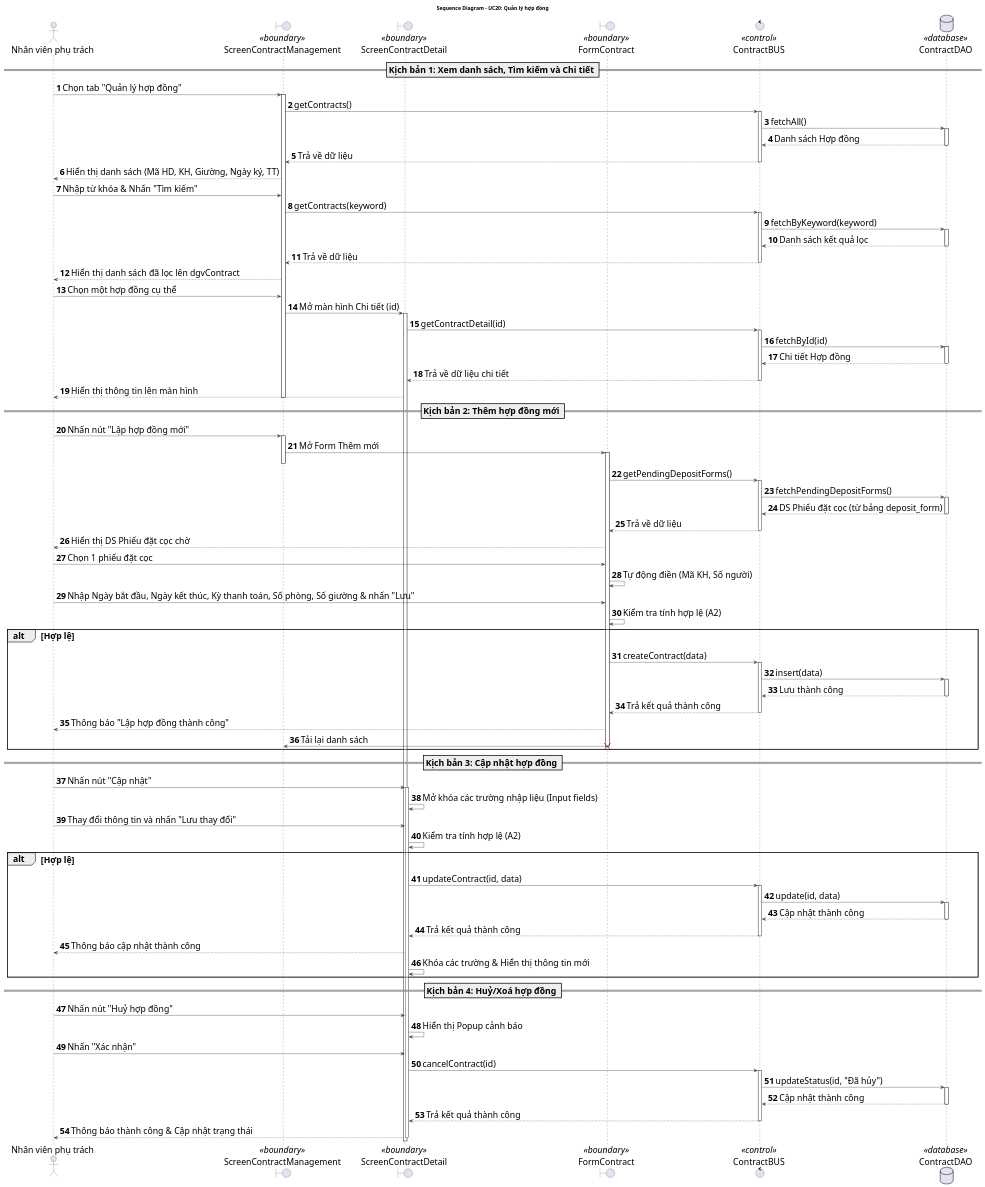
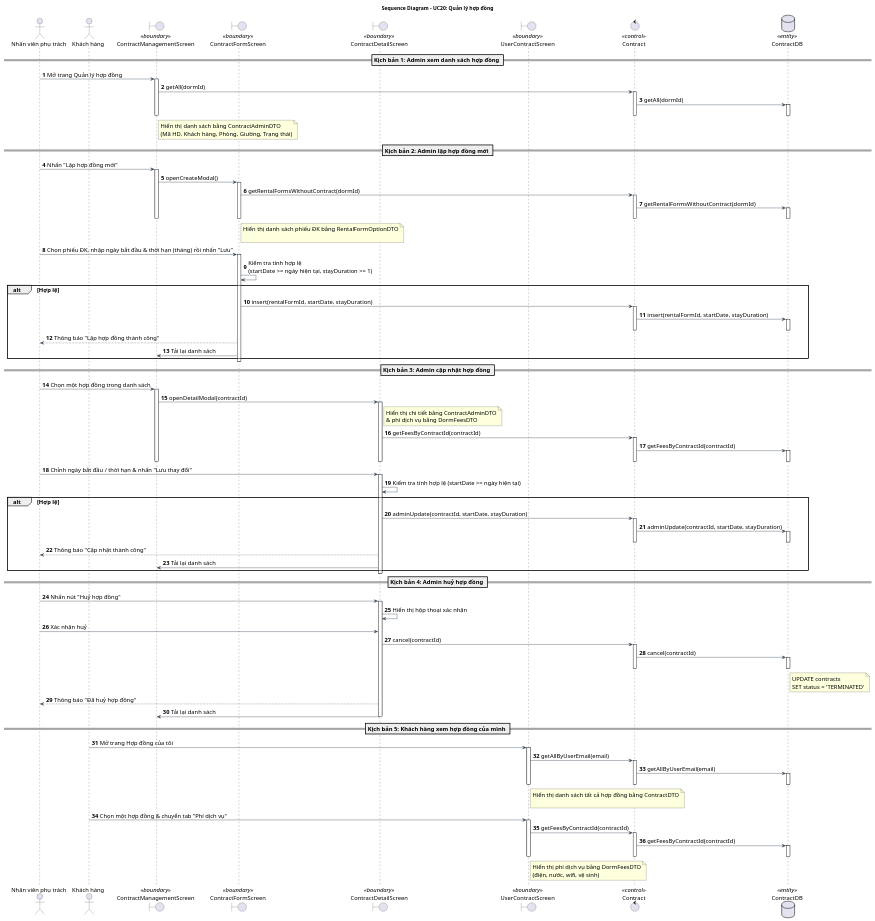
One commit to Gnourt812005/HCMUS-Analyze-and-desgin-IS changed the diagram in doc/system/quan_ly_hop_dong/QuanLyHopDong_SequenceDiagram.wsd. Above: the diagram before and after it, drawn with PlantUML. The commit also changed 7 other files, not shown here.

Commit message:
fix class diagram + sequence quản lý hợp đồng, quản lý biên bản bàn giao

```diff
--- a/doc/system/quan_ly_hop_dong/QuanLyHopDong_SequenceDiagram.wsd
+++ b/doc/system/quan_ly_hop_dong/QuanLyHopDong_SequenceDiagram.wsd
@@ -1,138 +1,162 @@
 @startuml QuanLyHopDong_SequenceDiagram
 title Sequence Diagram - UC20: Quản lý hợp đồng
 
 ' --- STYLE CONFIGURATION ---
 skinparam {
     BackgroundColor White
     ArrowColor #2D3E50
     DefaultFontName "Arial"
-    DefaultFontSize 24
-    ParticipantPadding 20
+    DefaultFontSize 16
+    ParticipantPadding 15
     BoxPadding 10
 }
 
-actor "Nhân viên phụ trách" as Actor
-boundary "ScreenContractManagement" as MainGUI <<boundary>>
-boundary "ScreenContractDetail" as DetailGUI <<boundary>>
-boundary "FormContract" as FormGUI <<boundary>>
-control "ContractBUS" as BUS <<control>>
-database "ContractDAO" as DAO <<database>>
-
 autonumber
 
-== Kịch bản 1: Xem danh sách, Tìm kiếm và Chi tiết ==
+actor "Nhân viên phụ trách" as Admin
+actor "Khách hàng" as User
 
-' --- XEM DANH SÁCH MẶC ĐỊNH ---
-Actor -> MainGUI: Chọn tab "Quản lý hợp đồng"
-activate MainGUI
-MainGUI -> BUS: getContracts()
-activate BUS
-BUS -> DAO: fetchAll()
-activate DAO
-DAO --> BUS: Danh sách Hợp đồng
-deactivate DAO
-BUS --> MainGUI: Trả về dữ liệu
-deactivate BUS
-MainGUI --> Actor: Hiển thị danh sách (Mã HD, KH, Giường, Ngày ký, TT)
+boundary "ContractManagementScreen" as GUI_Admin <<boundary>>
+boundary "ContractFormScreen" as GUI_Create <<boundary>>
+boundary "ContractDetailScreen" as GUI_Detail <<boundary>>
+boundary "UserContractScreen" as GUI_User <<boundary>>
 
-' --- BỔ SUNG LUỒNG TÌM KIẾM ---
-Actor -> MainGUI: Nhập từ khóa & Nhấn "Tìm kiếm"
-MainGUI -> BUS: getContracts(keyword)
-activate BUS
-BUS -> DAO: fetchByKeyword(keyword)
-activate DAO
-DAO --> BUS: Danh sách kết quả lọc
-deactivate DAO
-BUS --> MainGUI: Trả về dữ liệu
-deactivate BUS
-MainGUI --> Actor: Hiển thị danh sách đã lọc lên dgvContract
+control "Contract" as BUS <<control>>
 
-' --- XEM CHI TIẾT ---
-Actor -> MainGUI: Chọn một hợp đồng cụ thể
-MainGUI -> DetailGUI: Mở màn hình Chi tiết (id)
-activate DetailGUI
-DetailGUI -> BUS: getContractDetail(id)
-activate BUS
-BUS -> DAO: fetchById(id)
-activate DAO
-DAO --> BUS: Chi tiết Hợp đồng
-deactivate DAO
-BUS --> DetailGUI: Trả về dữ liệu chi tiết
-deactivate BUS
-DetailGUI --> Actor: Hiển thị thông tin lên màn hình
-deactivate MainGUI
+database "ContractDB" as DAO <<entity>>
 
-== Kịch bản 2: Thêm hợp đồng mới ==
-Actor -> MainGUI: Nhấn nút "Lập hợp đồng mới"
-activate MainGUI
-MainGUI -> FormGUI: Mở Form Thêm mới
-activate FormGUI
-deactivate MainGUI
+' ============================================================
+== Kịch bản 1: Admin xem danh sách hợp đồng ==
+' ============================================================
 
-FormGUI -> BUS: getPendingDepositForms()
-activate BUS
-BUS -> DAO: fetchPendingDepositForms()
-activate DAO
-DAO --> BUS: DS Phiếu đặt cọc (từ bảng deposit_form)
-deactivate DAO
-BUS --> FormGUI: Trả về dữ liệu
-deactivate BUS
-FormGUI --> Actor: Hiển thị DS Phiếu đặt cọc chờ
+Admin -> GUI_Admin: Mở trang Quản lý hợp đồng
+activate GUI_Admin
+    GUI_Admin -> BUS: getAll(dormId)
+    activate BUS
+        BUS -> DAO: getAll(dormId)
+        activate DAO
+        deactivate DAO
+    deactivate BUS
+    note right of GUI_Admin: Hiển thị danh sách bằng ContractAdminDTO\n(Mã HD, Khách hàng, Phòng, Giường, Trạng thái)
+deactivate GUI_Admin
 
-Actor -> FormGUI: Chọn 1 phiếu đặt cọc
-FormGUI -> FormGUI: Tự động điền (Mã KH, Số người)
+' ============================================================
+== Kịch bản 2: Admin lập hợp đồng mới ==
+' ============================================================
 
-Actor -> FormGUI: Nhập Ngày bắt đầu, Ngày kết thúc, Kỳ thanh toán, Số phòng, Số giường & nhấn "Lưu"
-FormGUI -> FormGUI: Kiểm tra tính hợp lệ (A2)
-alt Hợp lệ
-    FormGUI -> BUS: createContract(data)
+Admin -> GUI_Admin: Nhấn "Lập hợp đồng mới"
+activate GUI_Admin
+    GUI_Admin -> GUI_Create: openCreateModal()
+    activate GUI_Create
+
+        GUI_Create -> BUS: getRentalFormsWithoutContract(dormId)
+        activate BUS
+            BUS -> DAO: getRentalFormsWithoutContract(dormId)
+            activate DAO
+            deactivate DAO
+        deactivate BUS
+        note right of GUI_Create: Hiển thị danh sách phiếu ĐK bằng RentalFormOptionDTO\n
+
+    deactivate GUI_Create
+deactivate GUI_Admin
+
+Admin -> GUI_Create: Chọn phiếu ĐK, nhập ngày bắt đầu & thời hạn (tháng) rồi nhấn "Lưu"
+activate GUI_Create
+    GUI_Create -> GUI_Create: Kiểm tra tính hợp lệ\n(startDate >= ngày hiện tại, stayDuration >= 1)
+
+    alt Hợp lệ
+        GUI_Create -> BUS: insert(rentalFormId, startDate, stayDuration)
+        activate BUS
+            BUS -> DAO: insert(rentalFormId, startDate, stayDuration)
+            activate DAO
+        
+            deactivate DAO
+        deactivate BUS
+        GUI_Create --> Admin: Thông báo "Lập hợp đồng thành công"
+        GUI_Create -> GUI_Admin: Tải lại danh sách
+    end
+deactivate GUI_Create
+
+' ============================================================
+== Kịch bản 3: Admin cập nhật hợp đồng ==
+' ============================================================
+
+Admin -> GUI_Admin: Chọn một hợp đồng trong danh sách
+activate GUI_Admin
+    GUI_Admin -> GUI_Detail: openDetailModal(contractId)
+    activate GUI_Detail
+        note right of GUI_Detail: Hiển thị chi tiết bằng ContractAdminDTO\n& phí dịch vụ bằng DormFeesDTO
+
+        GUI_Detail -> BUS: getFeesByContractId(contractId)
+        activate BUS
+            BUS -> DAO: getFeesByContractId(contractId)
+            activate DAO
+            deactivate DAO
+        deactivate BUS
+
+    deactivate GUI_Detail
+deactivate GUI_Admin
+
+Admin -> GUI_Detail: Chỉnh ngày bắt đầu / thời hạn & nhấn "Lưu thay đổi"
+activate GUI_Detail
+    GUI_Detail -> GUI_Detail: Kiểm tra tính hợp lệ (startDate >= ngày hiện tại)
+
+    alt Hợp lệ
+        GUI_Detail -> BUS: adminUpdate(contractId, startDate, stayDuration)
+        activate BUS
+            BUS -> DAO: adminUpdate(contractId, startDate, stayDuration)
+            activate DAO
+            deactivate DAO
+        deactivate BUS
+        GUI_Detail --> Admin: Thông báo "Cập nhật thành công"
+        GUI_Detail -> GUI_Admin: Tải lại danh sách
+    end
+deactivate GUI_Detail
+
+' ============================================================
+== Kịch bản 4: Admin huỷ hợp đồng ==
+' ============================================================
+
+Admin -> GUI_Detail: Nhấn nút "Huỷ hợp đồng"
+activate GUI_Detail
+    GUI_Detail -> GUI_Detail: Hiển thị hộp thoại xác nhận
+
+    Admin -> GUI_Detail: Xác nhận huỷ
+    GUI_Detail -> BUS: cancel(contractId)
     activate BUS
-    BUS -> DAO: insert(data)
-    activate DAO
-    DAO --> BUS: Lưu thành công
-    deactivate DAO
-    BUS --> FormGUI: Trả kết quả thành công
+        BUS -> DAO: cancel(contractId)
+        activate DAO
+            note right of DAO: UPDATE contracts\nSET status = 'TERMINATED'
+        deactivate DAO
     deactivate BUS
-    FormGUI --> Actor: Thông báo "Lập hợp đồng thành công"
-    FormGUI -> MainGUI: Tải lại danh sách
-    destroy FormGUI
-end
+    GUI_Detail --> Admin: Thông báo "Đã huỷ hợp đồng"
+    GUI_Detail -> GUI_Admin: Tải lại danh sách
+deactivate GUI_Detail
 
-== Kịch bản 3: Cập nhật hợp đồng ==
-Actor -> DetailGUI: Nhấn nút "Cập nhật"
-activate DetailGUI
-DetailGUI -> DetailGUI: Mở khóa các trường nhập liệu (Input fields)
+' ============================================================
+== Kịch bản 5: Khách hàng xem hợp đồng của mình ==
+' ============================================================
 
-Actor -> DetailGUI: Thay đổi thông tin và nhấn "Lưu thay đổi"
-DetailGUI -> DetailGUI: Kiểm tra tính hợp lệ (A2)
+User -> GUI_User: Mở trang Hợp đồng của tôi
+activate GUI_User
+    GUI_User -> BUS: getAllByUserEmail(email)
+    activate BUS
+        BUS -> DAO: getAllByUserEmail(email)
+        activate DAO
+        deactivate DAO
+    deactivate BUS
+    note right of GUI_User: Hiển thị danh sách tất cả hợp đồng bằng ContractDTO\n
+deactivate GUI_User
 
-alt Hợp lệ
-    DetailGUI -> BUS: updateContract(id, data)
+User -> GUI_User: Chọn một hợp đồng & chuyển tab "Phí dịch vụ"
+activate GUI_User
+    GUI_User -> BUS: getFeesByContractId(contractId)
     activate BUS
-    BUS -> DAO: update(id, data)
-    activate DAO
-    DAO --> BUS: Cập nhật thành công
-    deactivate DAO
-    BUS --> DetailGUI: Trả kết quả thành công
+        BUS -> DAO: getFeesByContractId(contractId)
+        activate DAO
+        deactivate DAO
     deactivate BUS
-    
-    DetailGUI --> Actor: Thông báo cập nhật thành công
-    DetailGUI -> DetailGUI: Khóa các trường & Hiển thị thông tin mới
-end
-
-== Kịch bản 4: Huỷ/Xoá hợp đồng ==
-Actor -> DetailGUI: Nhấn nút "Huỷ hợp đồng"
-DetailGUI -> DetailGUI: Hiển thị Popup cảnh báo
-Actor -> DetailGUI: Nhấn "Xác nhận"
-DetailGUI -> BUS: cancelContract(id)
-activate BUS
-BUS -> DAO: updateStatus(id, "Đã hủy")
-activate DAO
-DAO --> BUS: Cập nhật thành công
-deactivate DAO
-BUS --> DetailGUI: Trả kết quả thành công
-deactivate BUS
-DetailGUI --> Actor: Thông báo thành công & Cập nhật trạng thái
-deactivate DetailGUI
+    note right of GUI_User: Hiển thị phí dịch vụ bằng DormFeesDTO\n(điện, nước, wifi, vệ sinh)
+deactivate GUI_User
 
 @enduml
```
